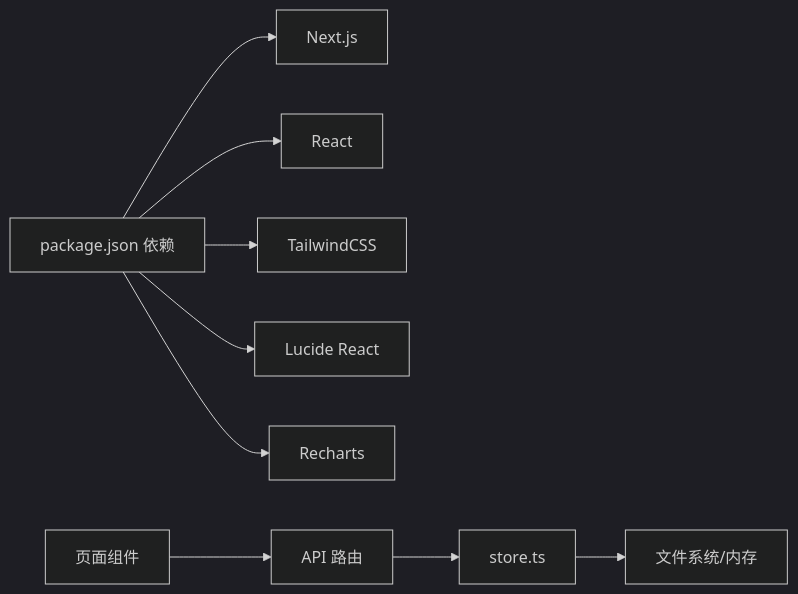
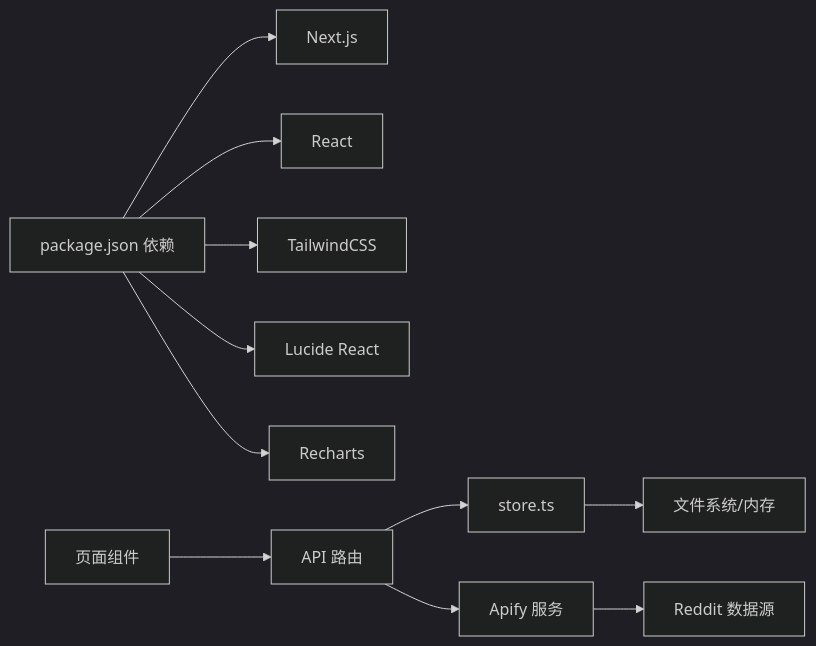
Before and after one commit to zezzezzez/reddit: the fifth of 5 diagrams in .qoder/repowiki/zh/content/前端界面/前端界面.md, drawn with Mermaid (dark theme). The commit also changed other lines of this file and 21 other files, not shown here.

````diff
--- a/.qoder/repowiki/zh/content/前端界面/前端界面.md
+++ b/.qoder/repowiki/zh/content/前端界面/前端界面.md
@@ -292,11 +393,13 @@
 ```mermaid
 graph LR
 Pkg["package.json 依赖"] --> N["Next.js"]
 Pkg --> R["React"]
 Pkg --> TW["TailwindCSS"]
 Pkg --> LC["Lucide React"]
 Pkg --> RC["Recharts"]
 Page["页面组件"] --> API["API 路由"]
 API --> Store["store.ts"]
 Store --> FS["文件系统/内存"]
+API --> Apify["Apify 服务"]
+Apify --> Reddit["Reddit 数据源"]
 ```
````
